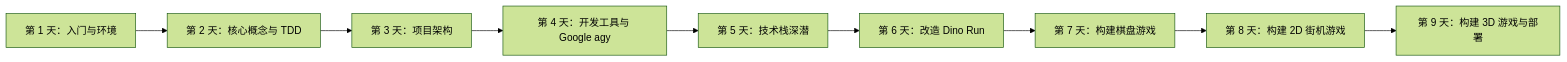
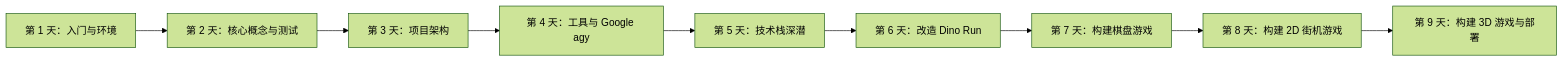
The diagram in courses/README.zh.md (vuhung16au/gemini-games), drawn with Mermaid (forest theme) before and after one commit. The commit also changed other lines of this file and 18 other files, not shown here.

````diff
--- a/courses/README.zh.md
+++ b/courses/README.zh.md
@@ -26,11 +52,11 @@
 ```mermaid
 flowchart LR
-  D1["第 1 天：入门与环境"] --> D2["第 2 天：核心概念与 TDD"]
+  D1["第 1 天：入门与环境"] --> D2["第 2 天：核心概念与测试"]
   D2 --> D3["第 3 天：项目架构"]
-  D3 --> D4["第 4 天：开发工具与 Google agy"]
+  D3 --> D4["第 4 天：工具与 Google agy"]
   D4 --> D5["第 5 天：技术栈深潜"]
   D5 --> D6["第 6 天：改造 Dino Run"]
   D6 --> D7["第 7 天：构建棋盘游戏"]
   D7 --> D8["第 8 天：构建 2D 街机游戏"]
   D8 --> D9["第 9 天：构建 3D 游戏与部署"]
 ```
````
